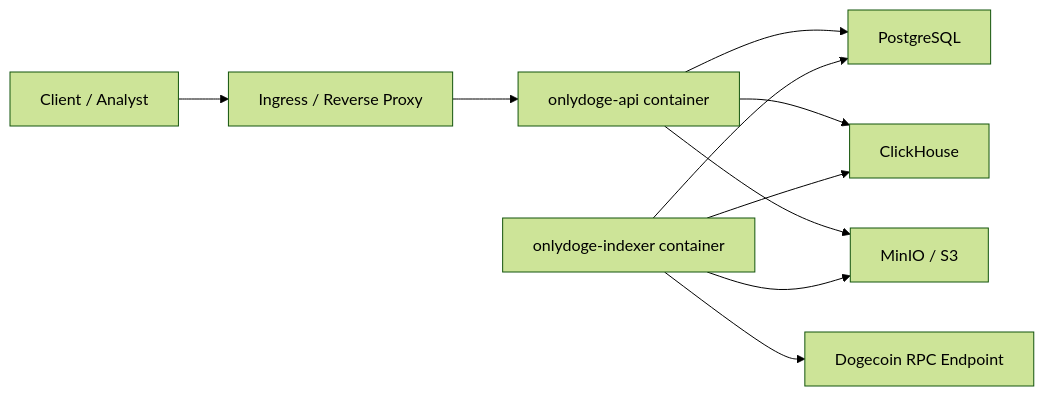
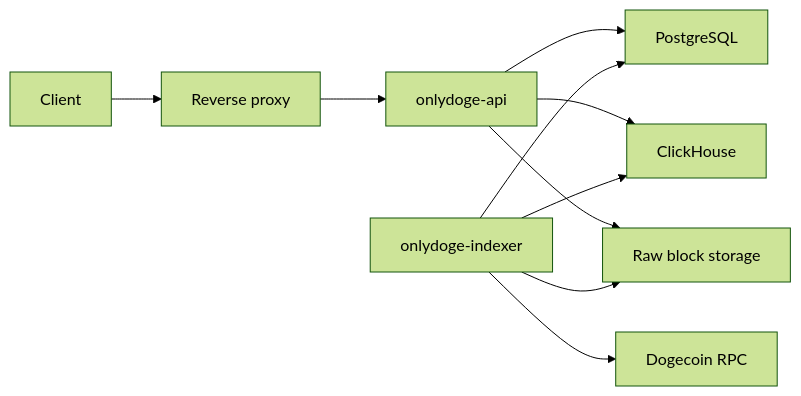
Before and after one commit to simonbetton/platform.onlydoge.io: the diagram in README.md, drawn with Mermaid (forest theme). The commit also changed other lines of this file and 25 other files, not shown here.

````diff
--- a/README.md
+++ b/README.md
@@ -80,12 +48,12 @@
 ```mermaid
 flowchart LR
-  User["Client / Analyst"] --> LB["Ingress / Reverse Proxy"]
-  LB --> API["onlydoge-api container"]
+  Client["Client"] --> Proxy["Reverse proxy"]
+  Proxy --> API["onlydoge-api"]
   API --> PG["PostgreSQL"]
   API --> CH["ClickHouse"]
-  API --> S3["MinIO / S3"]
-  IDX["onlydoge-indexer container"] --> PG
-  IDX --> CH
-  IDX --> S3
-  IDX --> RPC["Dogecoin RPC Endpoint"]
+  API --> Raw["Raw block storage"]
+  Indexer["onlydoge-indexer"] --> PG
+  Indexer --> CH
+  Indexer --> Raw
+  Indexer --> RPC["Dogecoin RPC"]
 ```
````
